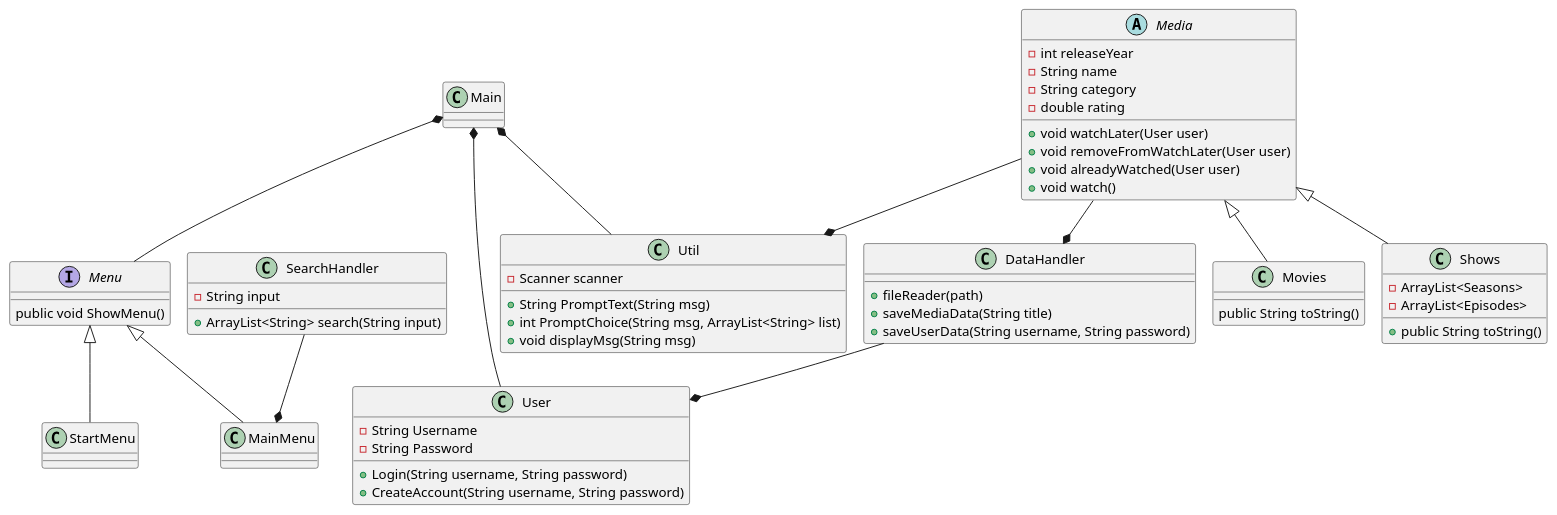
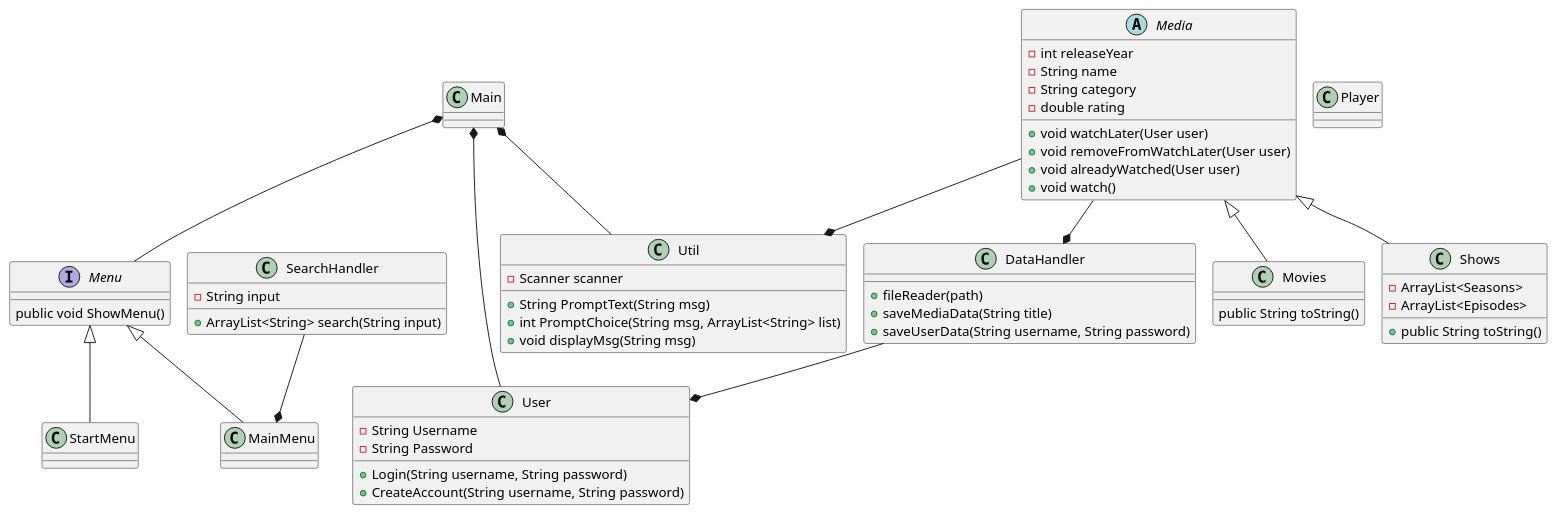
One commit to ValdemarLarsen02/SP3GruppeD changed the diagram in Docs/ClassDiagram.puml. Above: the diagram before and after it, drawn with PlantUML.

```diff
--- a/Docs/ClassDiagram.puml
+++ b/Docs/ClassDiagram.puml
@@ -1,77 +1,75 @@
 @startuml
 !pragma layout smetana
 
 Class Main{
 }
 
 Interface Menu{
 public void ShowMenu()
 }
 
-Class StartMenu{
-}
+Class Player {
 
-Class MainMenu{
 }
 
 Class User{
 - String Username
 - String Password
 + Login(String username, String password)
 + CreateAccount(String username, String password)
 }
 
 Class SearchHandler {
 - String input
 + ArrayList<String> search(String input)
 }
 
 Class DataHandler{
 + fileReader(path)
 + saveMediaData(String title)
 + saveUserData(String username, String password)
 }
 
 Abstract Media{
 - int releaseYear
 - String name
 - String category
 - double rating
 + void watchLater(User user)
 + void removeFromWatchLater(User user)
 + void alreadyWatched(User user)
 + void watch()
 }
 
 Class Util{
 - Scanner scanner
 + String PromptText(String msg)
 + int PromptChoice(String msg, ArrayList<String> list)
 + void displayMsg(String msg)
 }
 
 Class Movies{
 public String toString()
 }
 
 Class Shows{
 - ArrayList<Seasons>
 - ArrayList<Episodes>
 + public String toString()
 }
 
 SearchHandler --* MainMenu
 Main *-- Menu
 Menu <|-- StartMenu
 Main *-- Util
 Main *-- User
 Menu <|-- MainMenu
 Media --* Util
 Media <|-- Shows
 Media <|-- Movies
 DataHandler --* User
 Media --* DataHandler
 
 
 
 @enduml
```
